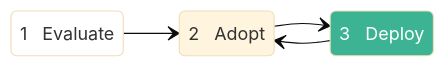
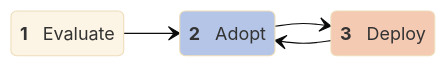
Before and after one commit to ozone-his/ozone-docs: the diagram in docs/implementers/intro.md, drawn with Mermaid (base theme).

Commit message:
OZ-279: Evaluate-Adopt-Deploy to use the official Ozone color palette.

````diff
--- a/docs/implementers/intro.md
+++ b/docs/implementers/intro.md
@@ -3,21 +3,21 @@
 ``` mermaid
 stateDiagram-v2
     direction LR
 
-    classDef EvalClass fill:white
-    classDef AdoptClass fill:#3CB393
-    classDef DeployClass fill:#3CB393,color:white
+    classDef EvalClass fill:#FCF4E5
+    classDef AdoptClass fill:#B5C5E7
+    classDef DeployClass fill:#F5CAB3
     
 
-    state "1 &nbsp; Evaluate" as eval
-    state "2 &nbsp; Adopt" as adopt
-    state "3 &nbsp; Deploy" as deploy
+    state "<b>1</b> &nbsp; Evaluate" as eval
+    state "<b>2</b> &nbsp; Adopt" as adopt
+    state "<b>3</b> &nbsp; Deploy" as deploy
 
     eval --> adopt
     adopt --> deploy
     deploy --> adopt
 
     class eval EvalClass
-    %% class adopt AdoptClass
+    class adopt AdoptClass
     class deploy DeployClass
 ```
````
